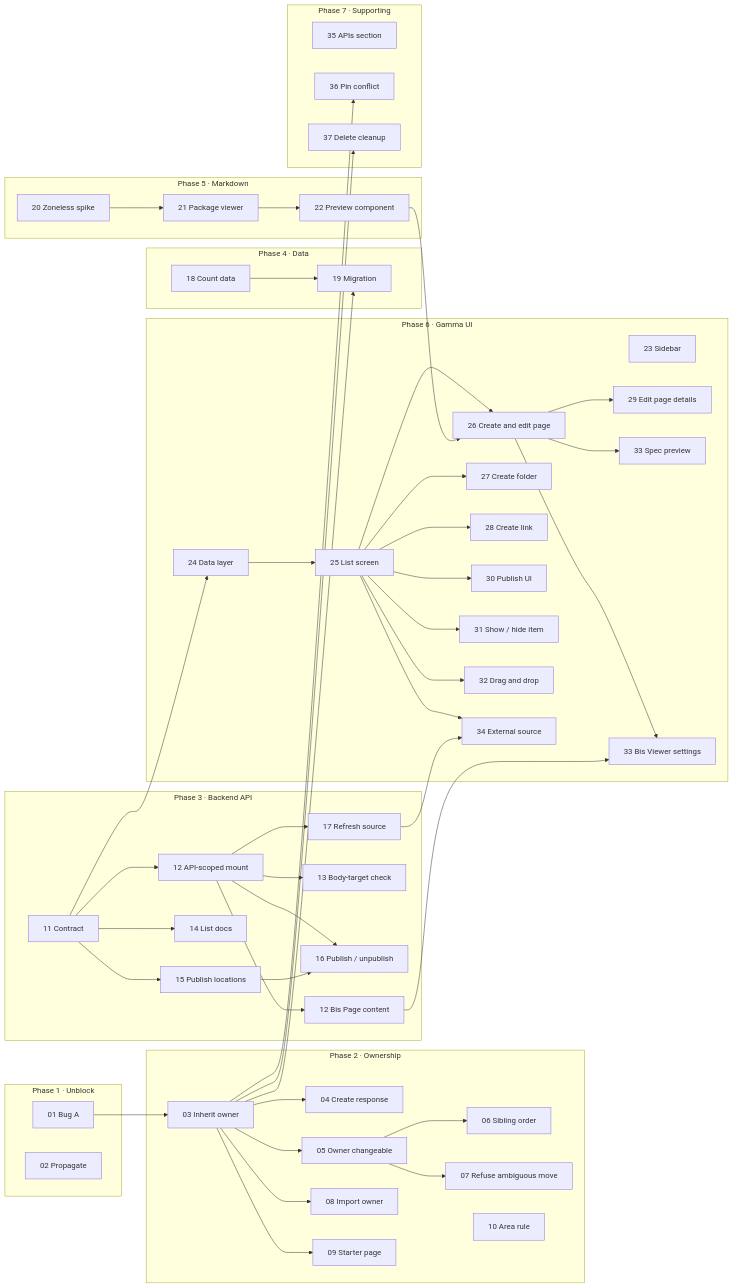
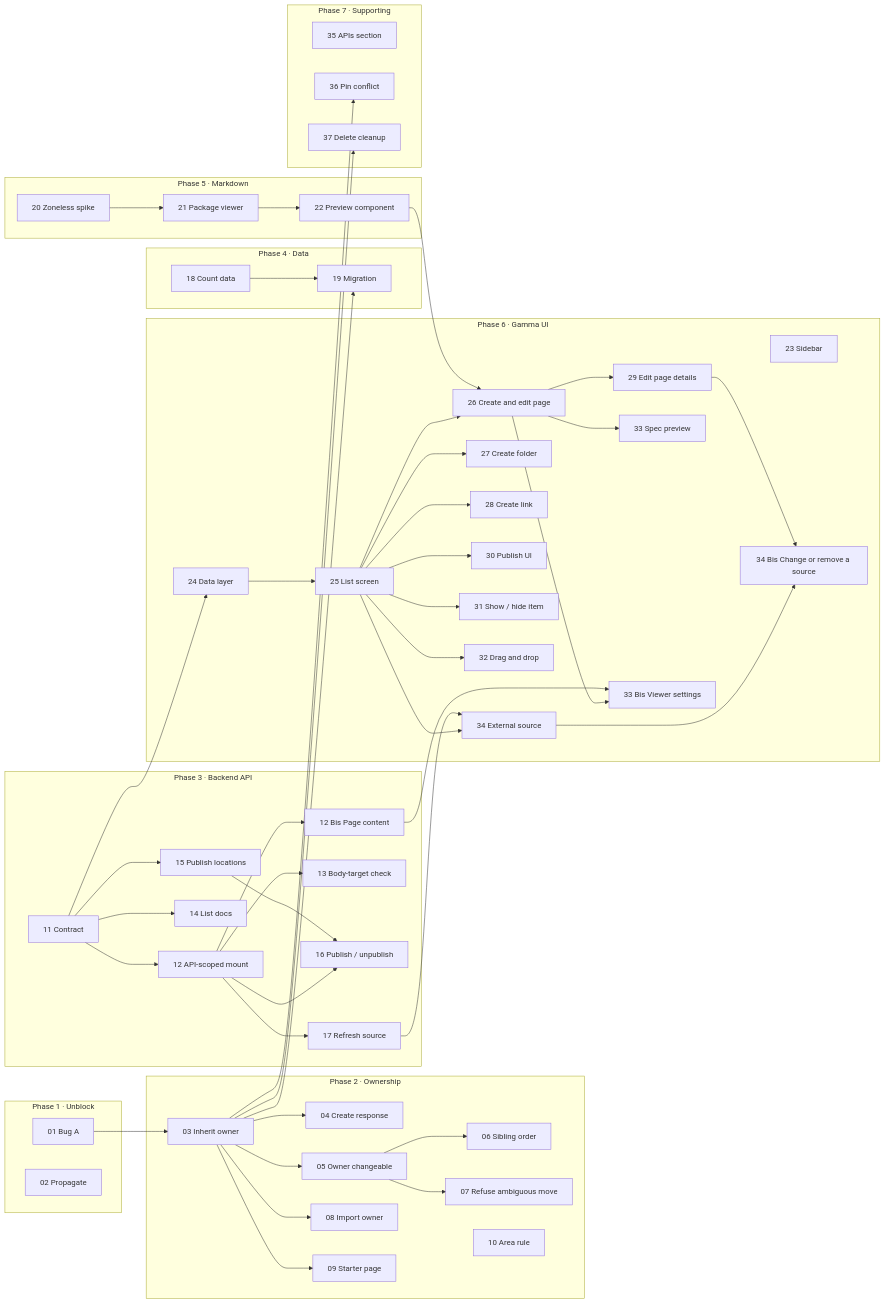
Before and after one commit to gravitee-io/gravitee-api-management: the third of 3 diagrams in plans/PLAN.md, drawn with Mermaid. The commit also changed other lines of this file, not shown here.

First line of the commit message:
docs: add STORY-34 Bis, changing or removing an external source, to the API docs plan

````diff
--- a/plans/PLAN.md
+++ b/plans/PLAN.md
@@ -1469,6 +1496,7 @@
         S33["33 Spec preview"]
         S33B["33 Bis Viewer settings"]
         S34["34 External source"]
+        S34B["34 Bis Change or remove a source"]
     end
     subgraph P7 ["Phase 7 · Supporting"]
         S35["35 APIs section"]
@@ -1512,4 +1540,6 @@
     S12B --> S33B
     S25 --> S34
     S17 --> S34
+    S34 --> S34B
+    S29 --> S34B
 ```
````
